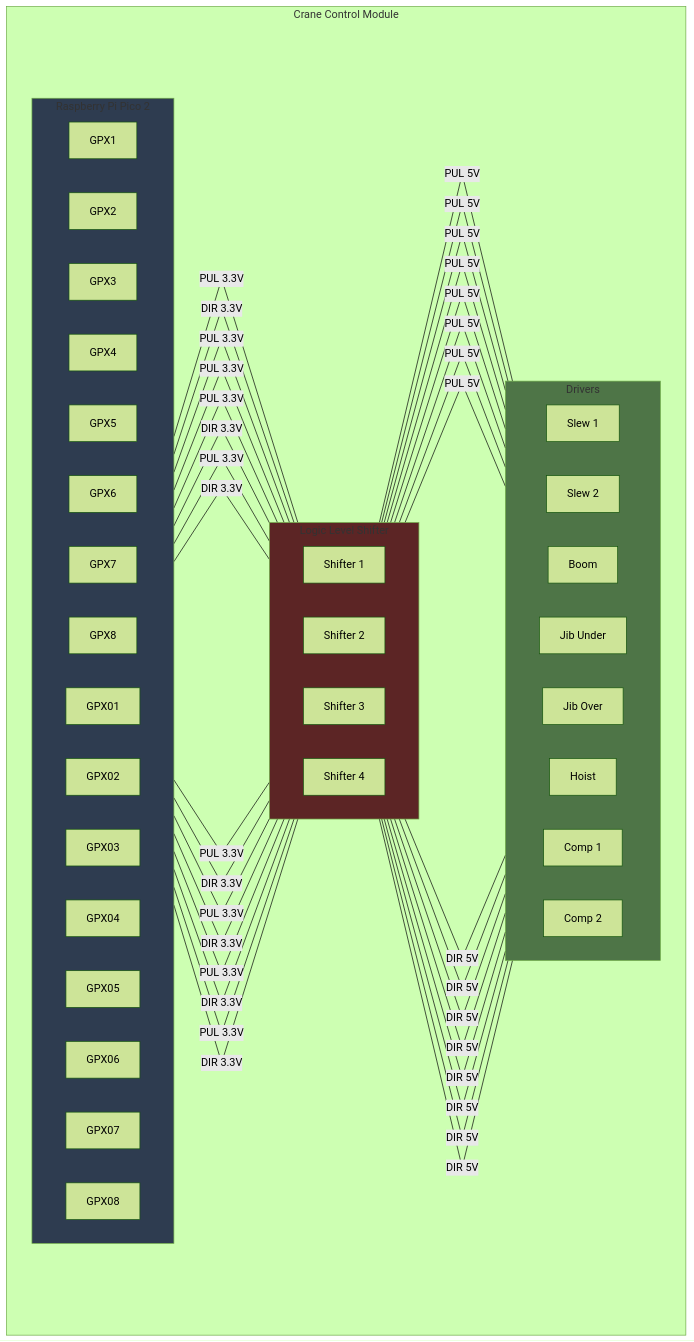
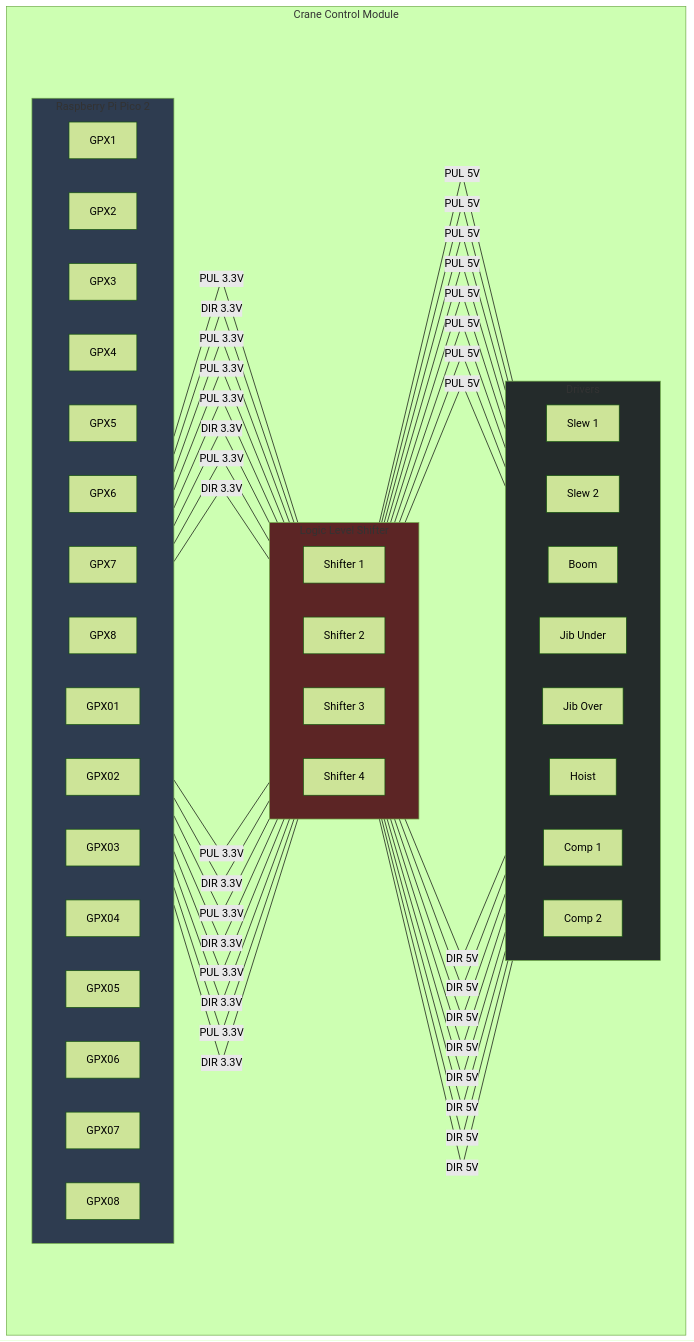
The first of 4 diagrams in README.md (lyngstad-armin/scale-crane-electric-wire-luffing), drawn with Mermaid (forest theme) before and after one commit. The commit also changed other lines of this file, not shown here.

Commit message:
Fixed broken hexes, and invalid syntax in power wiring schematic

````diff
--- a/README.md
+++ b/README.md
@@ -107,6 +107,6 @@
 
 %% STYLE FILL
 style PICO fill:#2e3c50
-style DM320 fill:#242b
+style DM320 fill:#242b2b
 style LLS fill:#5c2525
 ```
````
